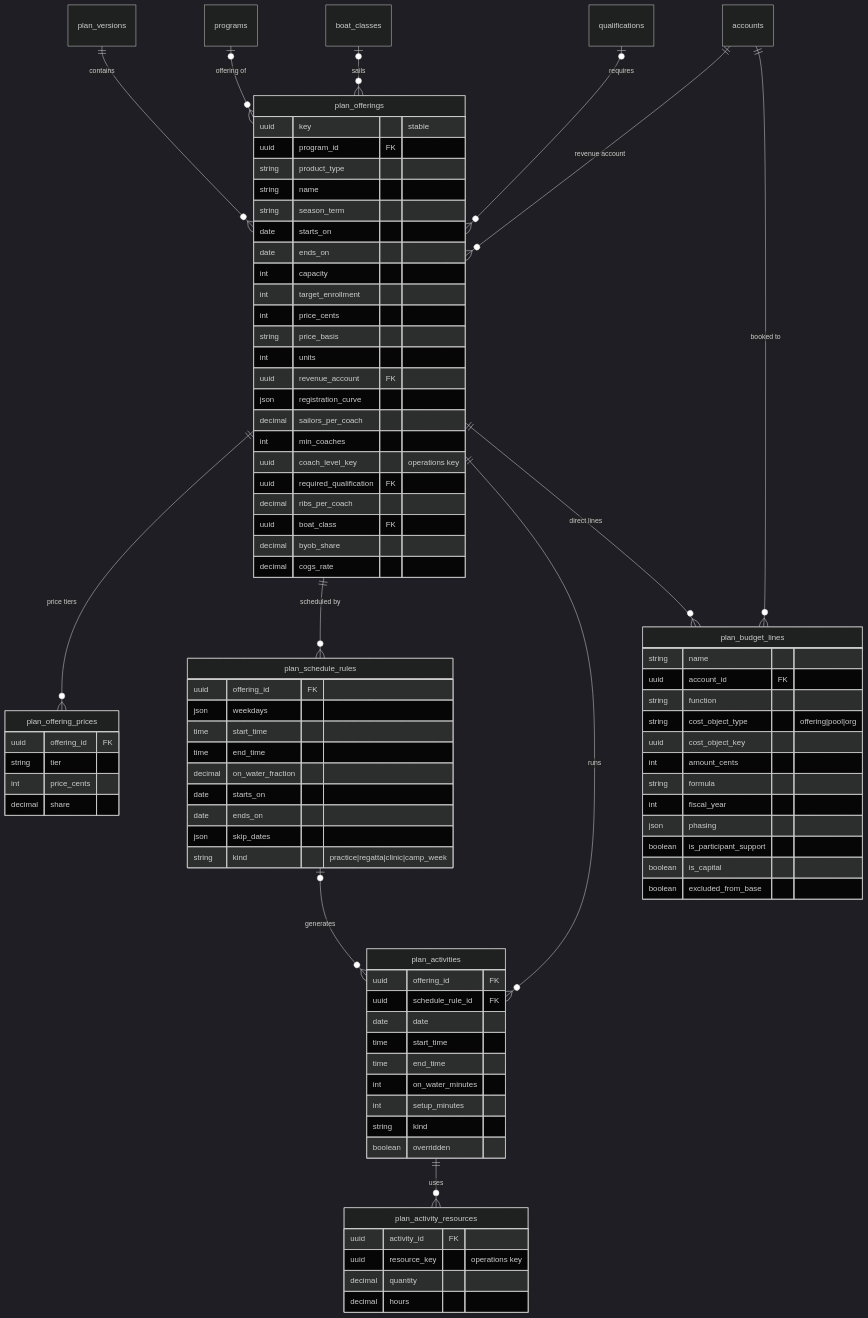
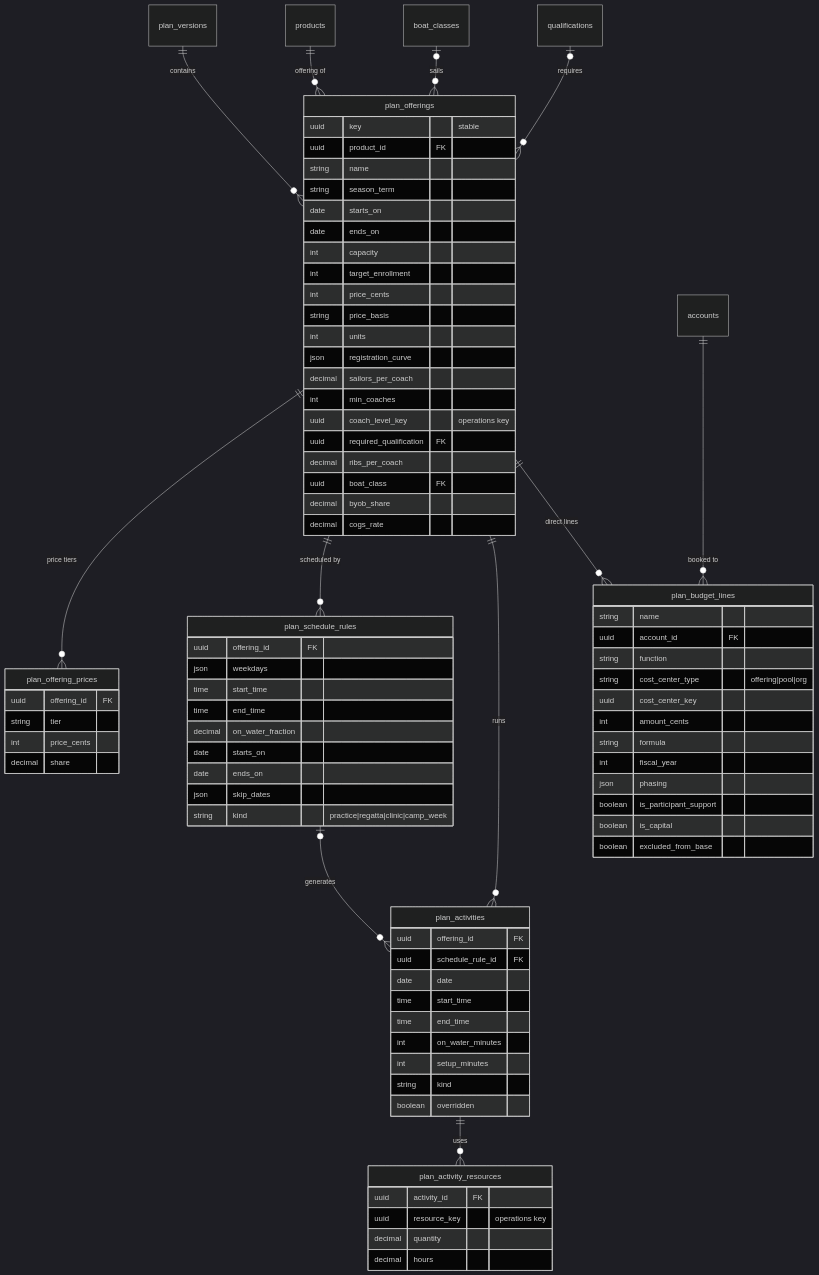
One commit to cyc-seattle/isthmia changed the third of 5 diagrams in docs/planning-schema.md. Above: the diagram before and after it, drawn with Mermaid (dark theme). The commit also changed other lines of this file, not shown here.

Commit message:
docs: rename planning terms to product, offering, activity block, cost center, plan and version set

````diff
--- a/docs/planning-schema.md
+++ b/docs/planning-schema.md
@@ -131,10 +135,9 @@
 ```mermaid
 erDiagram
     plan_versions ||--o{ plan_offerings : contains
-    programs |o--o{ plan_offerings : "offering of"
+    products ||--o{ plan_offerings : "offering of"
     boat_classes |o--o{ plan_offerings : sails
     qualifications |o--o{ plan_offerings : requires
-    accounts ||--o{ plan_offerings : "revenue account"
     plan_offerings ||--o{ plan_offering_prices : "price tiers"
     plan_offerings ||--o{ plan_schedule_rules : "scheduled by"
     plan_offerings ||--o{ plan_activities : runs
@@ -145,8 +148,7 @@
 
     plan_offerings {
         uuid key "stable"
-        uuid program_id FK
-        string product_type
+        uuid product_id FK
         string name
         string season_term
         date starts_on
@@ -156,7 +158,6 @@
         int price_cents
         string price_basis
         int units
-        uuid revenue_account FK
         json registration_curve
         decimal sailors_per_coach
         int min_coaches
@@ -205,8 +206,8 @@
         string name
         uuid account_id FK
         string function
-        string cost_object_type "offering|pool|org"
-        uuid cost_object_key
+        string cost_center_type "offering|pool|org"
+        uuid cost_center_key
         int amount_cents
         string formula
         int fiscal_year
````
